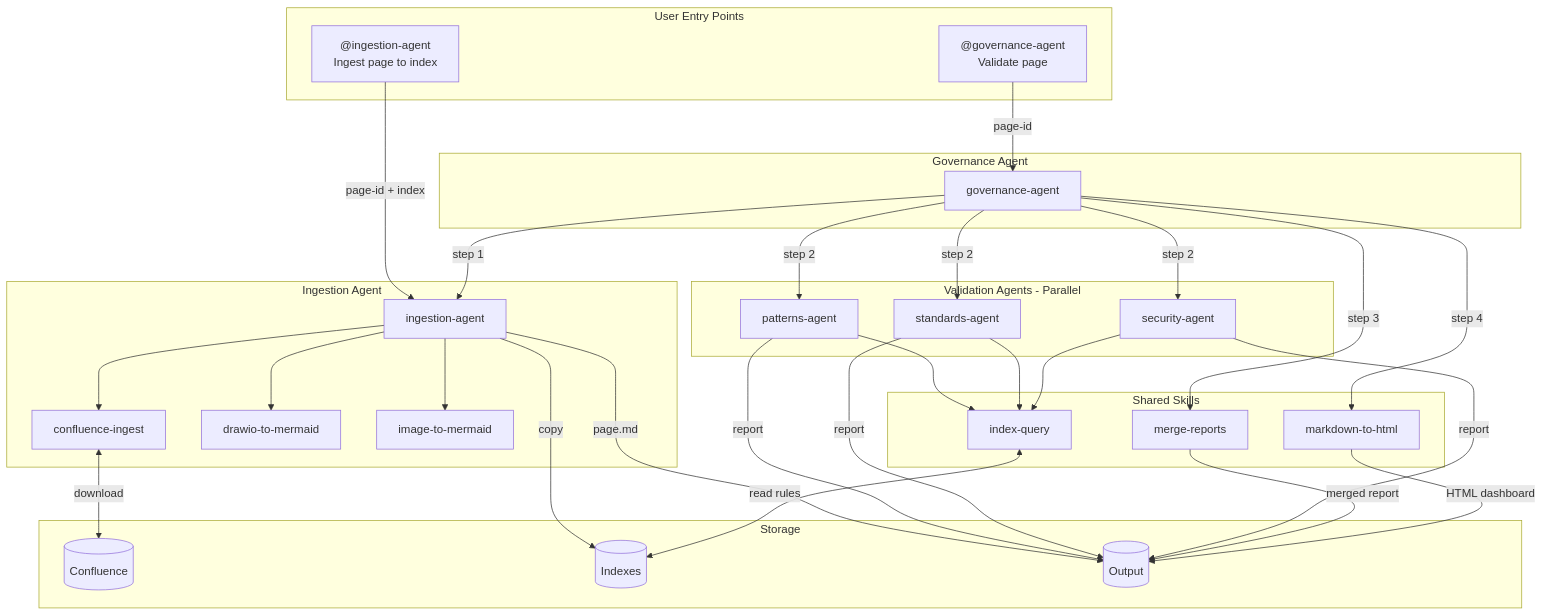
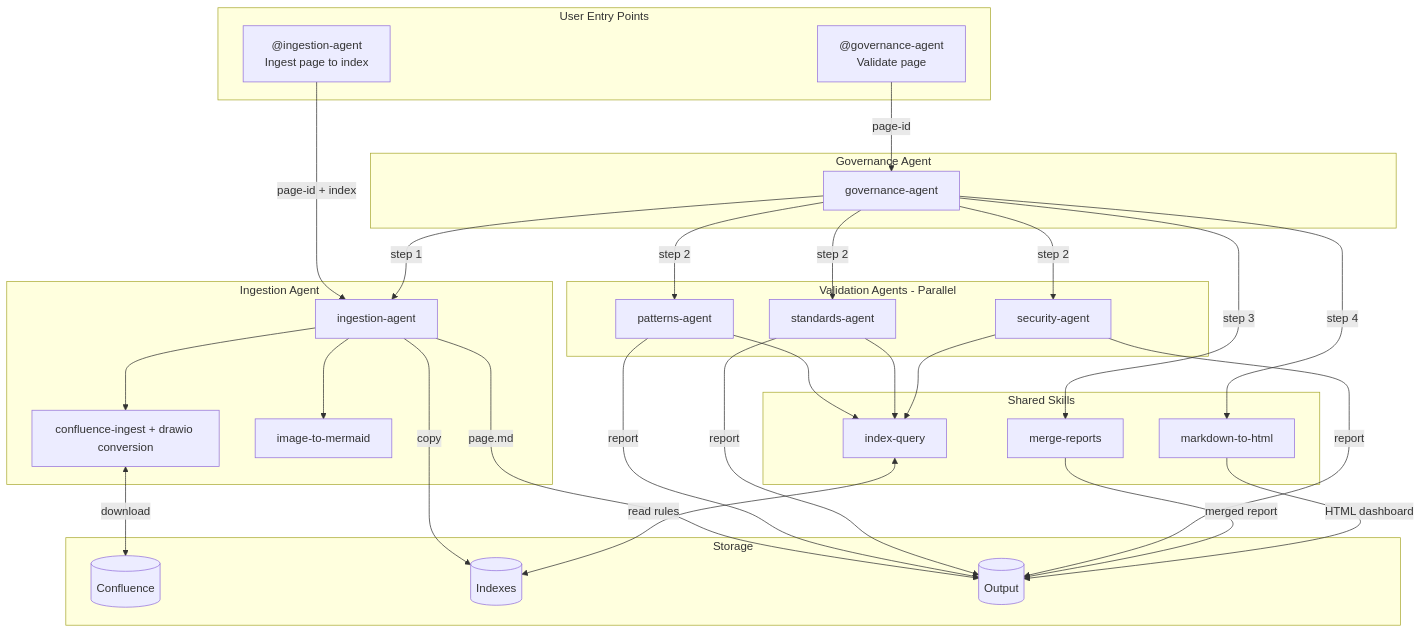
The first of 3 diagrams in README.md (byrash/architecture-governance), drawn with Mermaid before and after one commit. The commit also changed other lines of this file and 15 other files, not shown here.

````diff
--- a/README.md
+++ b/README.md
@@ -32,69 +32,67 @@
 ```mermaid
 flowchart TB
     subgraph User[User Entry Points]
         U1["@ingestion-agent<br/>Ingest page to index"]
         U2["@governance-agent<br/>Validate page"]
     end
 
     subgraph Orchestration[Governance Agent]
         GA[governance-agent]
     end
 
     subgraph Ingestion[Ingestion Agent]
         IA[ingestion-agent]
-        CI[confluence-ingest]
-        DM[drawio-to-mermaid]
+        CI[confluence-ingest + drawio conversion]
         IM[image-to-mermaid]
     end
 
     subgraph Validation[Validation Agents - Parallel]
         PA[patterns-agent]
         SA[standards-agent]
         SEA[security-agent]
     end
 
     subgraph Skills[Shared Skills]
         IQ[index-query]
         MR[merge-reports]
         MH[markdown-to-html]
     end
 
     subgraph Storage
         CONF[(Confluence)]
         IDX[(Indexes)]
         OUT[(Output)]
     end
 
     %% User triggers ingestion directly for indexing
     U1 -->|page-id + index| IA
     
     %% User triggers governance which orchestrates everything
     U2 -->|page-id| GA
     GA -->|step 1| IA
     GA -->|step 2| PA
     GA -->|step 2| SA
     GA -->|step 2| SEA
     GA -->|step 3| MR
     GA -->|step 4| MH
 
     %% Ingestion flow
     IA --> CI
-    IA --> DM
     IA --> IM
     CI <-->|download| CONF
     IA -->|page.md| OUT
     IA -->|copy| IDX
 
     %% Validation flow
     PA --> IQ
     SA --> IQ
     SEA --> IQ
     IQ <-->|read rules| IDX
     PA -->|report| OUT
     SA -->|report| OUT
     SEA -->|report| OUT
 
     %% Final output
     MR -->|merged report| OUT
     MH -->|HTML dashboard| OUT
 ```
````
